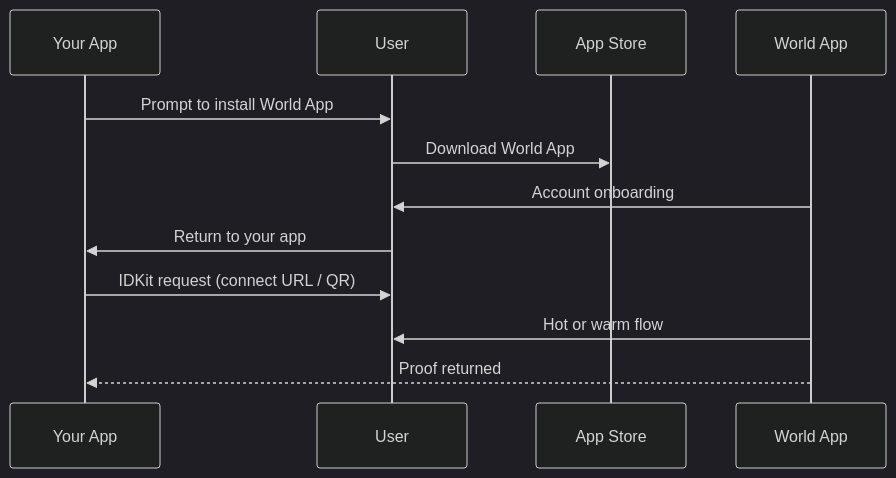
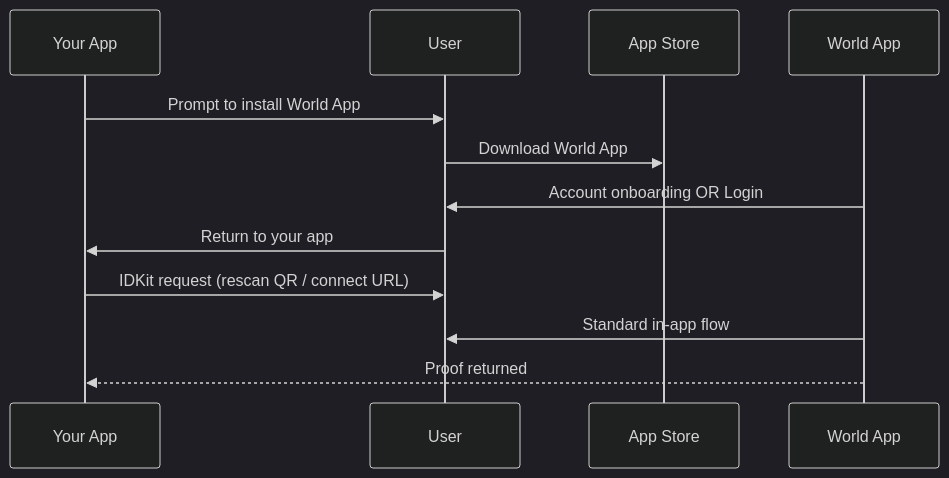
One commit to worldcoin/developer-docs changed the second of 3 diagrams in world-id/idkit/verification-flows.mdx. Above: the diagram before and after it, drawn with Mermaid (dark theme). The commit also changed other lines of this file and 1 other file, not shown here.

First line of the commit message:
simplify: verification flows docs page (#136)

````diff
--- a/world-id/idkit/verification-flows.mdx
+++ b/world-id/idkit/verification-flows.mdx
@@ -52,15 +59,15 @@
 ```mermaid
 sequenceDiagram
     participant App as Your App
     participant User
     participant Store as App Store
     participant WA as World App
 
     App->>User: Prompt to install World App
     User->>Store: Download World App
-    WA->>User: Account onboarding
+    WA->>User: Account onboarding OR Login
     User->>App: Return to your app
-    App->>User: IDKit request (connect URL / QR)
-    WA->>User: Hot or warm flow
+    App->>User: IDKit request (rescan QR / connect URL)
+    WA->>User: Standard in-app flow
     WA-->>App: Proof returned
 ```
````
